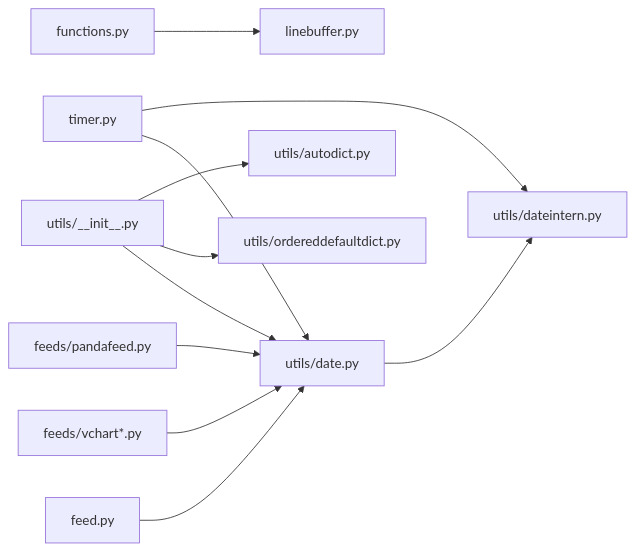
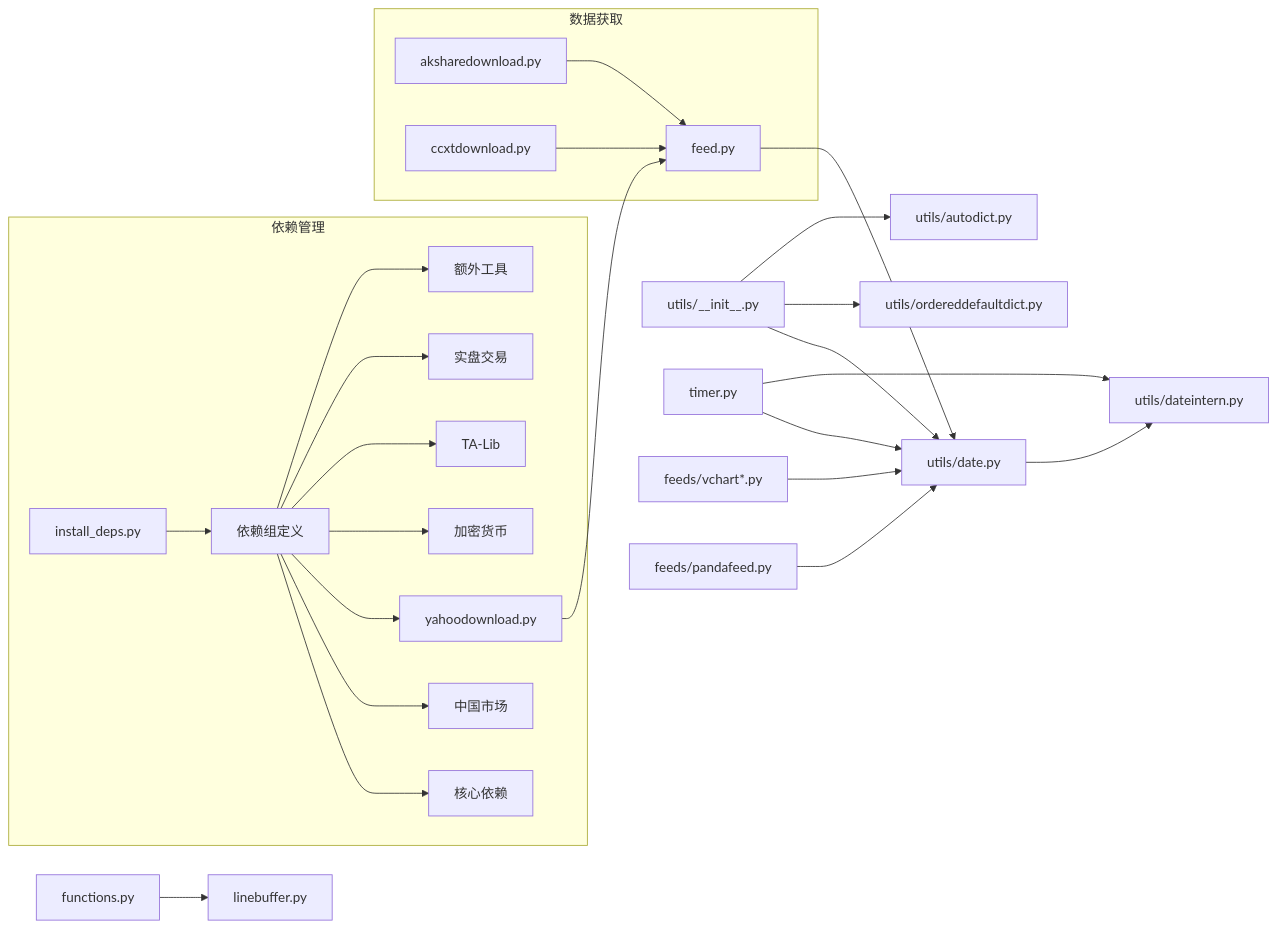
Diagram 12 of 12 in .qoder/repowiki/zh/content/工具函数与实用程序/工具函数与实用程序.md (bench-prog/backtrader), drawn with Mermaid before and after one commit. The commit also changed other lines of this file and 1 other file, not shown here.

````diff
--- a/.qoder/repowiki/zh/content/工具函数与实用程序/工具函数与实用程序.md
+++ b/.qoder/repowiki/zh/content/工具函数与实用程序/工具函数与实用程序.md
@@ -376,13 +510,28 @@
 ```mermaid
 graph LR
 UtilsInit["utils/__init__.py"] --> Date["utils/date.py"]
 UtilsInit --> ODD["utils/ordereddefaultdict.py"]
 UtilsInit --> AD["utils/autodict.py"]
 Date --> DateIntern["utils/dateintern.py"]
 Functions["functions.py"] --> LineBuffer["linebuffer.py"]
 Timer["timer.py"] --> Date
 Timer --> DateIntern
 Feed["feed.py"] --> Date
 VChart["feeds/vchart*.py"] --> Date
 Pandas["feeds/pandafeed.py"] --> Date
+subgraph "依赖管理"
+Installer["install_deps.py"] --> Groups["依赖组定义"]
+Groups --> Core["核心依赖"]
+Groups --> China["中国市场"]
+Groups --> Yahoo["Yahoo Finance"]
+Groups --> Crypto["加密货币"]
+Groups --> TA["TA-Lib"]
+Groups --> Trading["实盘交易"]
+Groups --> Extras["额外工具"]
+end
+subgraph "数据获取"
+AkShare["aksharedownload.py"] --> Feed
+Yahoo["yahoodownload.py"] --> Feed
+CCXT["ccxtdownload.py"] --> Feed
+end
 ```
````
